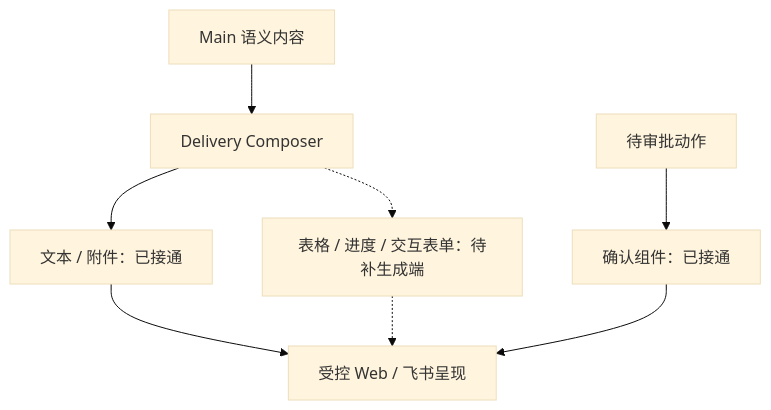
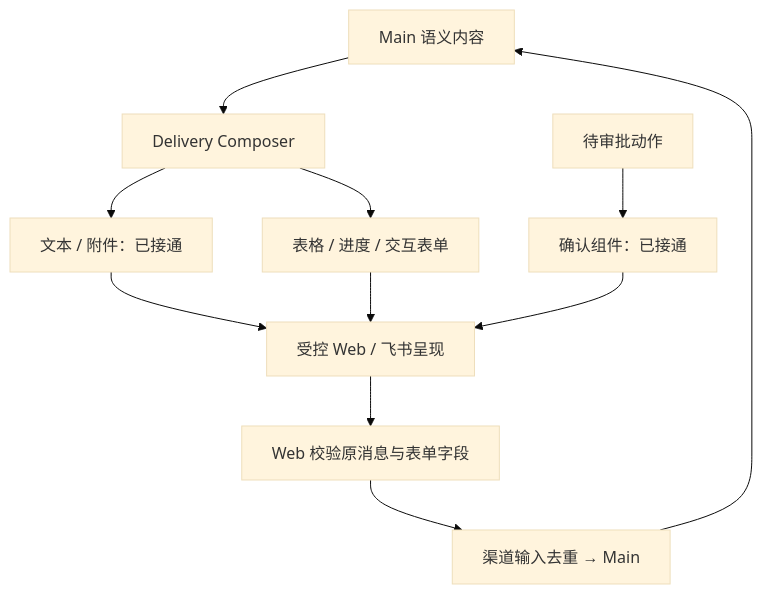
Before and after one commit to z-chenhao/assistant: the diagram in docs/designs/intelligent-ui.md, drawn with Mermaid (base theme). The commit also changed other lines of this file and 30 other files, not shown here.

````diff
--- a/docs/designs/intelligent-ui.md
+++ b/docs/designs/intelligent-ui.md
@@ -11,10 +11,13 @@
 ```mermaid
 flowchart TD
     M["Main 语义内容"] --> C["Delivery Composer"]
     C --> T["文本 / 附件：已接通"]
     A["待审批动作"] --> K["确认组件：已接通"]
-    C -.-> R["表格 / 进度 / 交互表单：待补生成端"]
+    C --> R["表格 / 进度 / 交互表单"]
     T --> V["受控 Web / 飞书呈现"]
     K --> V
-    R -.-> V
+    R --> V
+    V --> F["Web 校验原消息与表单字段"]
+    F --> I["渠道输入去重 → Main"]
+    I --> M
 ```
````
